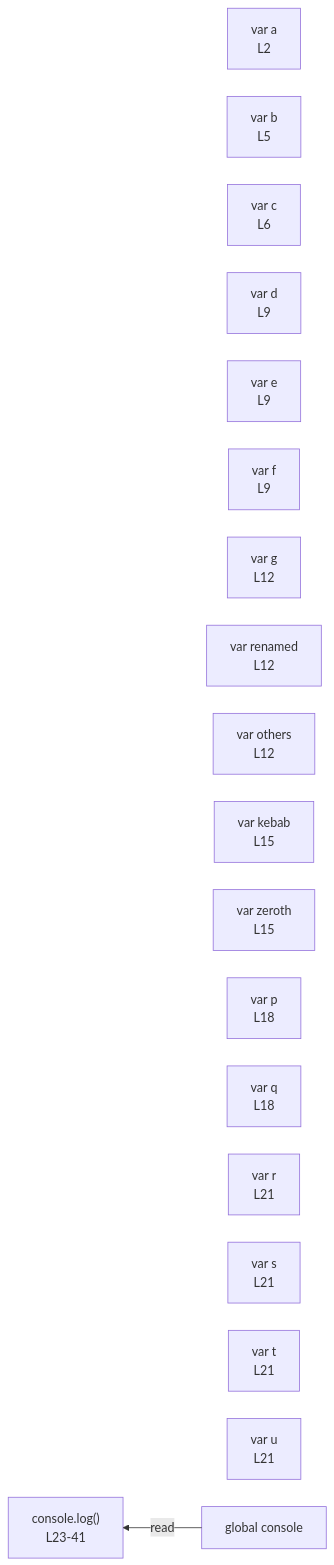
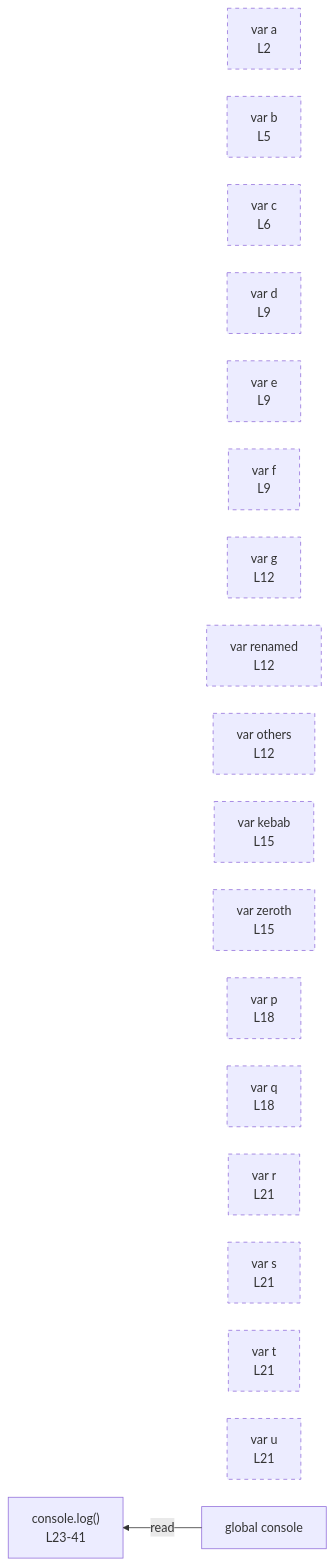
One commit to crescware/unsnarl changed the diagram in integration/fixtures/declaration/var/binding-patterns/preview.md. Above: the diagram before and after it, drawn with Mermaid. The commit also changed 12 other files, not shown here.

First line of the commit message:
Render var-declared Variable nodes with a dashed border in mermaid

````diff
--- a/integration/fixtures/declaration/var/binding-patterns/preview.md
+++ b/integration/fixtures/declaration/var/binding-patterns/preview.md
@@ -63,24 +63,42 @@
 ```mermaid
 %%{init: {"flowchart": {"defaultRenderer": "elk"}}}%%
 flowchart RL
   n_scope_0_a_13["var a<br/>L2"]
   n_scope_0_b_49["var b<br/>L5"]
   n_scope_0_c_58["var c<br/>L6"]
   n_scope_0_d_112["var d<br/>L9"]
   n_scope_0_e_123["var e<br/>L9"]
   n_scope_0_f_129["var f<br/>L9"]
   n_scope_0_g_201["var g<br/>L12"]
   n_scope_0_renamed_207["var renamed<br/>L12"]
   n_scope_0_others_225["var others<br/>L12"]
   n_scope_0_kebab_319["var kebab<br/>L15"]
   n_scope_0_zeroth_329["var zeroth<br/>L15"]
   n_scope_0_p_427["var p<br/>L18"]
   n_scope_0_q_434["var q<br/>L18"]
   n_scope_0_r_508["var r<br/>L21"]
   n_scope_0_s_511["var s<br/>L21"]
   n_scope_0_t_521["var t<br/>L21"]
   n_scope_0_u_524["var u<br/>L21"]
   n_scope_0_console_557["global console"]
   n_scope_0_console_557 -->|read| expr_stmt_557
   expr_stmt_557["console.log()<br/>L23-41"]
+  classDef varNode stroke-dasharray:5 5;
+  class n_scope_0_a_13 varNode;
+  class n_scope_0_b_49 varNode;
+  class n_scope_0_c_58 varNode;
+  class n_scope_0_d_112 varNode;
+  class n_scope_0_e_123 varNode;
+  class n_scope_0_f_129 varNode;
+  class n_scope_0_g_201 varNode;
+  class n_scope_0_renamed_207 varNode;
+  class n_scope_0_others_225 varNode;
+  class n_scope_0_kebab_319 varNode;
+  class n_scope_0_zeroth_329 varNode;
+  class n_scope_0_p_427 varNode;
+  class n_scope_0_q_434 varNode;
+  class n_scope_0_r_508 varNode;
+  class n_scope_0_s_511 varNode;
+  class n_scope_0_t_521 varNode;
+  class n_scope_0_u_524 varNode;
 ```
````
